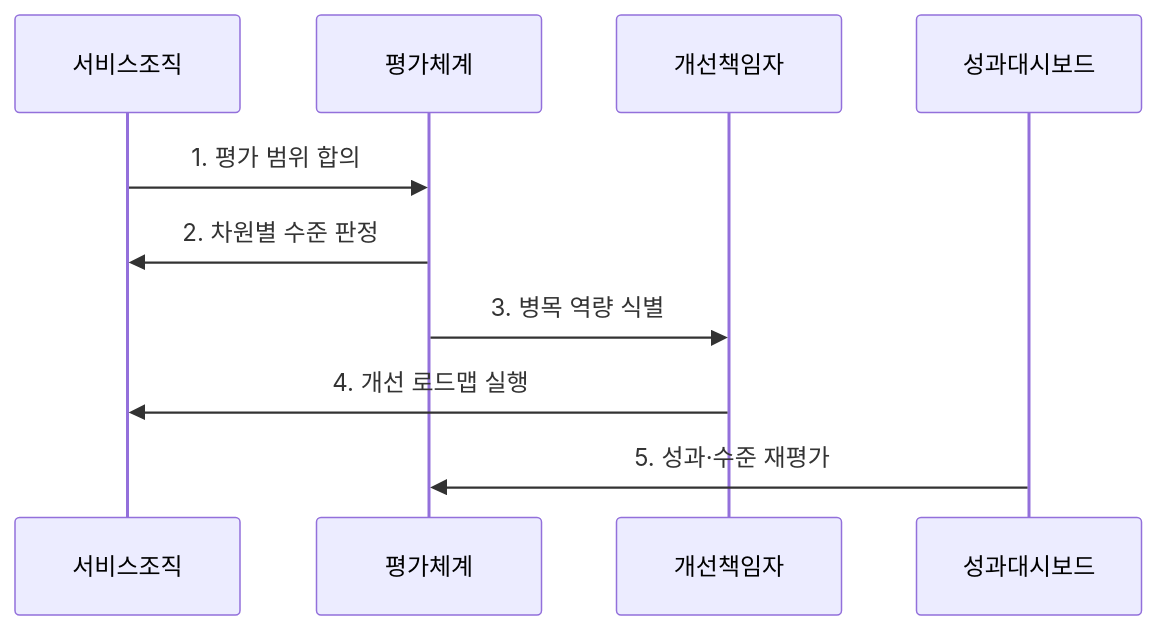
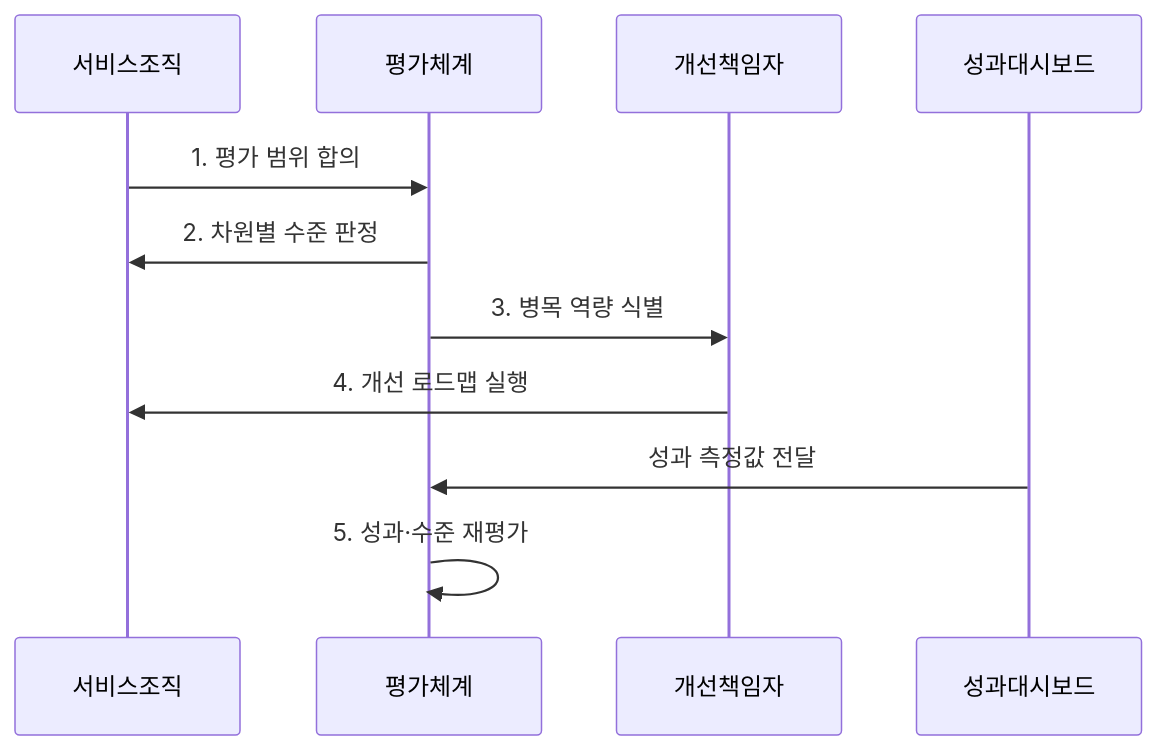
The second of 2 diagrams in src/content/docs/notes/03-software/229_digital_service_maturity_model.md (agnusdei1207/knowledge-base), drawn with Mermaid before and after one commit. The commit also changed other lines of this file and 9 other files, not shown here.

````diff
--- a/src/content/docs/notes/03-software/229_digital_service_maturity_model.md
+++ b/src/content/docs/notes/03-software/229_digital_service_maturity_model.md
@@ -81,12 +84,13 @@
 ```mermaid
 sequenceDiagram
     participant 서비스조직
     participant 평가체계
     participant 개선책임자
     participant 성과대시보드
     서비스조직->>평가체계: 1. 평가 범위 합의
     평가체계->>서비스조직: 2. 차원별 수준 판정
     평가체계->>개선책임자: 3. 병목 역량 식별
     개선책임자->>서비스조직: 4. 개선 로드맵 실행
-    성과대시보드->>평가체계: 5. 성과·수준 재평가
+    성과대시보드->>평가체계: 성과 측정값 전달
+    평가체계->>평가체계: 5. 성과·수준 재평가
 ```
````
